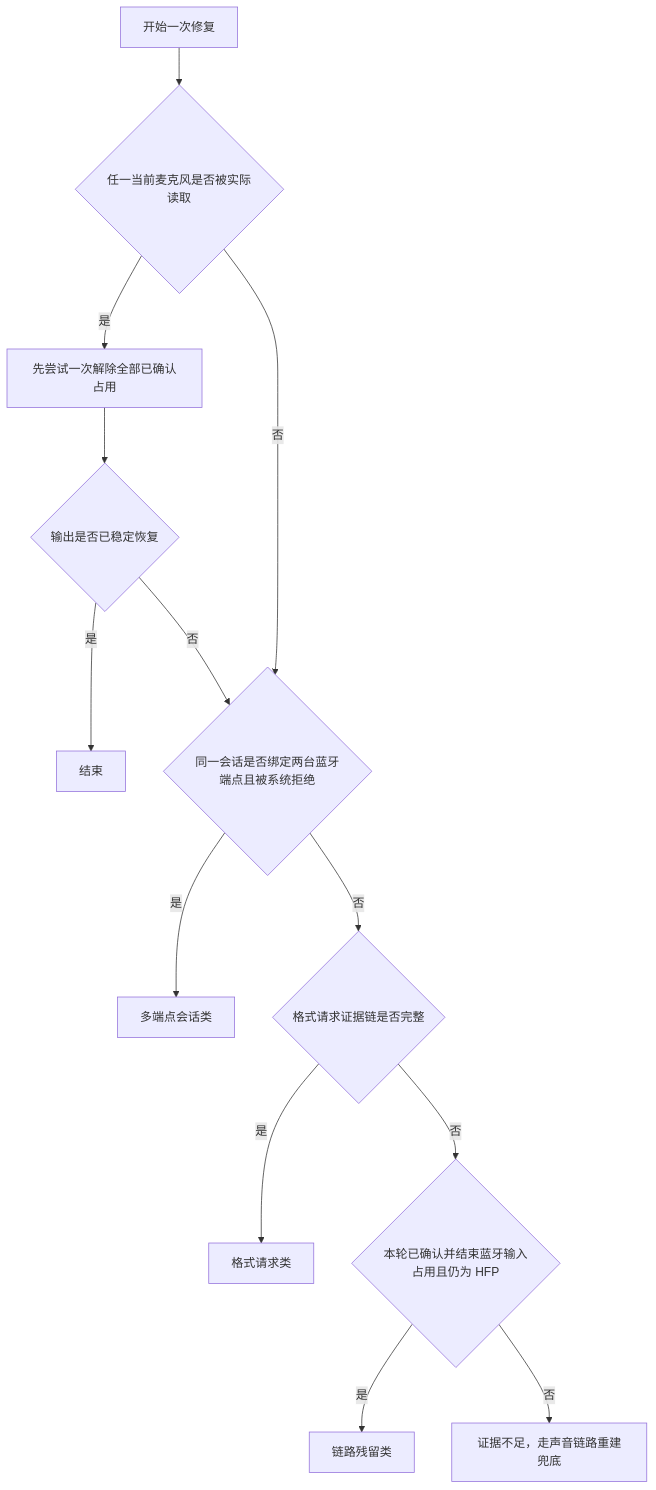
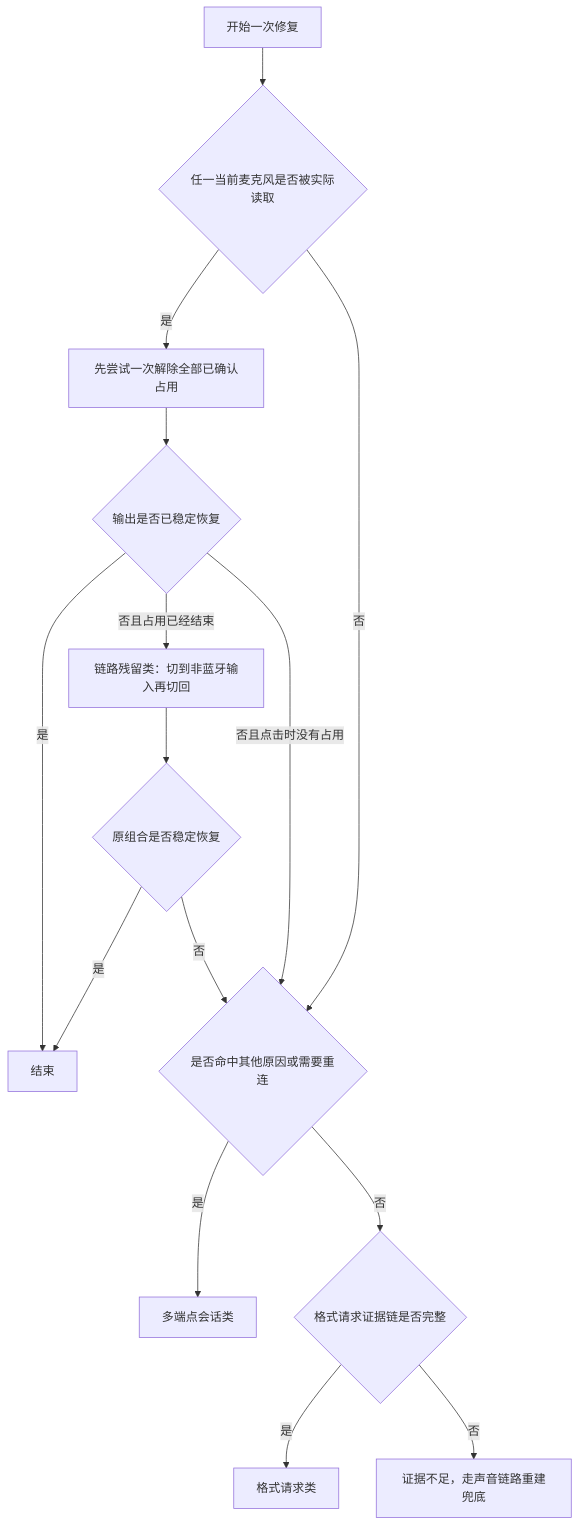
Before and after one commit to andy-JustSayWhen/fix-Bluetooth-earphone-audio-problem: the diagram in knowledge/wiki/HFP一键修复前端实测/00-HFP一键修复前端实测方法.md, drawn with Mermaid. The commit also changed other lines of this file and 1 other file, not shown here.

Commit message:
docs: prioritize residual link release

````diff
--- a/knowledge/wiki/HFP一键修复前端实测/00-HFP一键修复前端实测方法.md
+++ b/knowledge/wiki/HFP一键修复前端实测/00-HFP一键修复前端实测方法.md
@@ -81,15 +81,17 @@
 ```mermaid
 flowchart TD
     A[开始一次修复] --> B{任一当前麦克风是否被实际读取}
     B -->|是| C[先尝试一次解除全部已确认占用]
     C --> D{输出是否已稳定恢复}
     D -->|是| I[结束]
-    D -->|否| E{同一会话是否绑定两台蓝牙端点且被系统拒绝}
+    D -->|否且占用已经结束| L[链路残留类：切到非蓝牙输入再切回]
+    L --> M{原组合是否稳定恢复}
+    M -->|是| I
+    M -->|否| E{是否命中其他原因或需要重连}
+    D -->|否且点击时没有占用| E
     B -->|否| E
     E -->|是| F[多端点会话类]
     E -->|否| G{格式请求证据链是否完整}
     G -->|是| H[格式请求类]
-    G -->|否| K{本轮已确认并结束蓝牙输入占用且仍为 HFP}
-    K -->|是| L[链路残留类]
-    K -->|否| J[证据不足，走声音链路重建兜底]
+    G -->|否| J[证据不足，走声音链路重建兜底]
 ```
````
